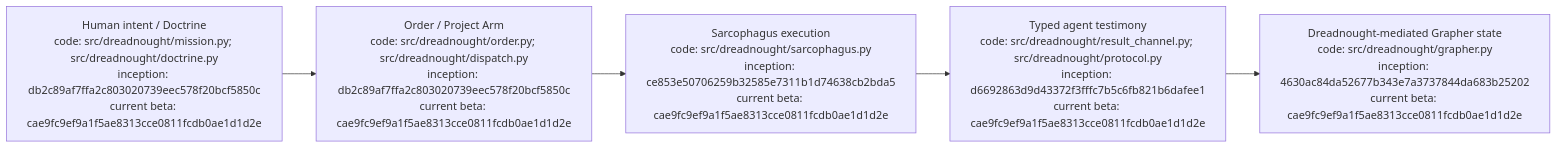
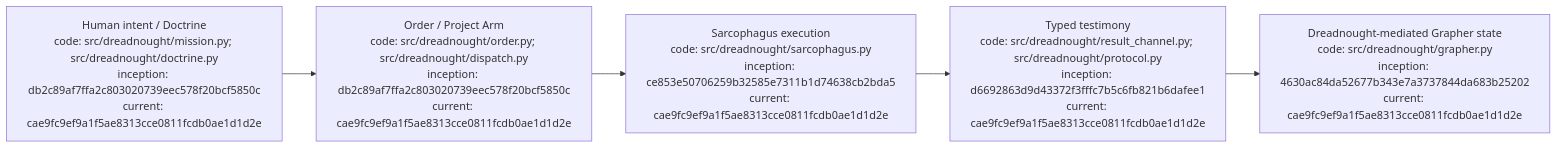
One commit to seanbman/dreadnought changed the diagram in README.md. Above: the diagram before and after it, drawn with Mermaid. The commit also changed other lines of this file, not shown here.

````diff
--- a/README.md
+++ b/README.md
@@ -127,7 +105,7 @@
 ```mermaid
 flowchart LR
-    H["Human intent / Doctrine\ncode: src/dreadnought/mission.py; src/dreadnought/doctrine.py\ninception: db2c89af7ffa2c803020739eec578f20bcf5850c\ncurrent beta: cae9fc9ef9a1f5ae8313cce0811fcdb0ae1d1d2e"] --> O["Order / Project Arm\ncode: src/dreadnought/order.py; src/dreadnought/dispatch.py\ninception: db2c89af7ffa2c803020739eec578f20bcf5850c\ncurrent beta: cae9fc9ef9a1f5ae8313cce0811fcdb0ae1d1d2e"]
-    O --> S["Sarcophagus execution\ncode: src/dreadnought/sarcophagus.py\ninception: ce853e50706259b32585e7311b1d74638cb2bda5\ncurrent beta: cae9fc9ef9a1f5ae8313cce0811fcdb0ae1d1d2e"]
-    S --> A["Typed agent testimony\ncode: src/dreadnought/result_channel.py; src/dreadnought/protocol.py\ninception: d6692863d9d43372f3fffc7b5c6fb821b6dafee1\ncurrent beta: cae9fc9ef9a1f5ae8313cce0811fcdb0ae1d1d2e"]
-    A --> G["Dreadnought-mediated Grapher state\ncode: src/dreadnought/grapher.py\ninception: 4630ac84da52677b343e7a3737844da683b25202\ncurrent beta: cae9fc9ef9a1f5ae8313cce0811fcdb0ae1d1d2e"]
+    H["Human intent / Doctrine\ncode: src/dreadnought/mission.py; src/dreadnought/doctrine.py\ninception: db2c89af7ffa2c803020739eec578f20bcf5850c\ncurrent: cae9fc9ef9a1f5ae8313cce0811fcdb0ae1d1d2e"] --> O["Order / Project Arm\ncode: src/dreadnought/order.py; src/dreadnought/dispatch.py\ninception: db2c89af7ffa2c803020739eec578f20bcf5850c\ncurrent: cae9fc9ef9a1f5ae8313cce0811fcdb0ae1d1d2e"]
+    O --> S["Sarcophagus execution\ncode: src/dreadnought/sarcophagus.py\ninception: ce853e50706259b32585e7311b1d74638cb2bda5\ncurrent: cae9fc9ef9a1f5ae8313cce0811fcdb0ae1d1d2e"]
+    S --> A["Typed testimony\ncode: src/dreadnought/result_channel.py; src/dreadnought/protocol.py\ninception: d6692863d9d43372f3fffc7b5c6fb821b6dafee1\ncurrent: cae9fc9ef9a1f5ae8313cce0811fcdb0ae1d1d2e"]
+    A --> G["Dreadnought-mediated Grapher state\ncode: src/dreadnought/grapher.py\ninception: 4630ac84da52677b343e7a3737844da683b25202\ncurrent: cae9fc9ef9a1f5ae8313cce0811fcdb0ae1d1d2e"]
 ```
````
